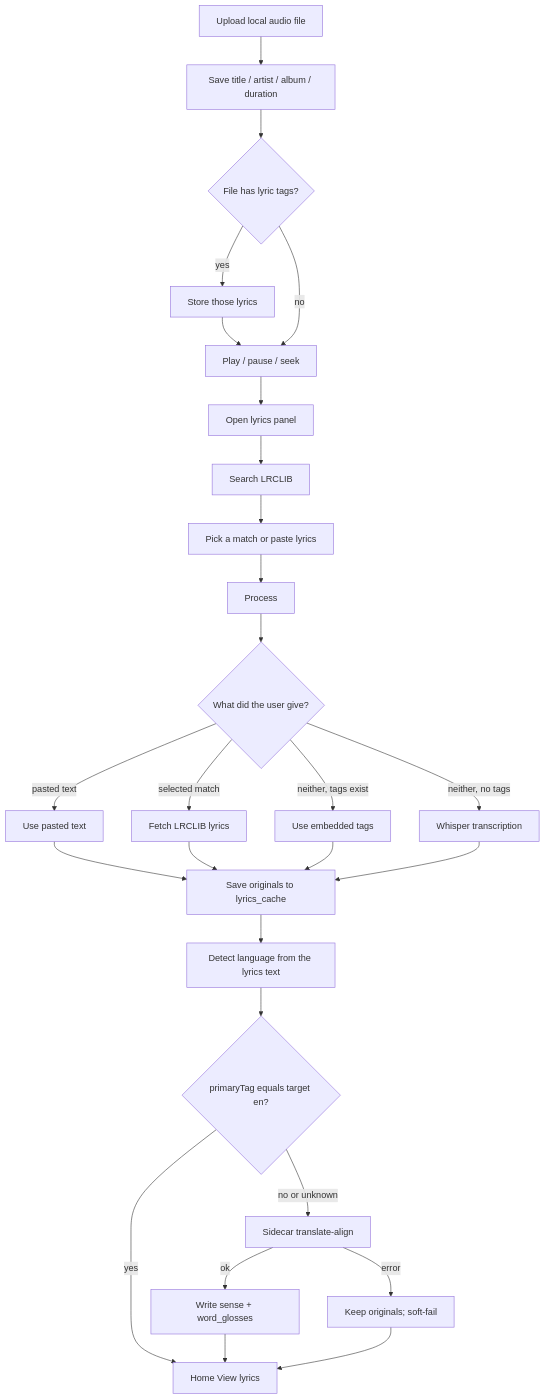
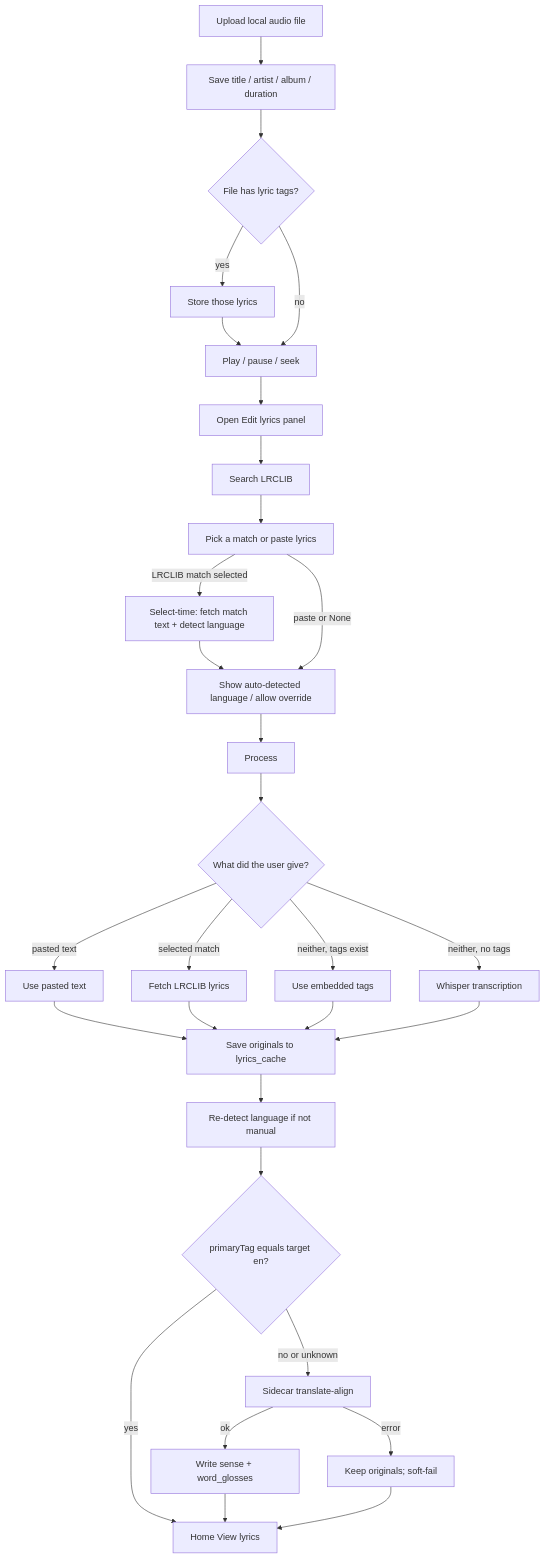
One commit to RickyuXen/Melodica changed the first of 2 diagrams in flow.md. Above: the diagram before and after it, drawn with Mermaid. The commit also changed other lines of this file and 15 other files, not shown here.

Commit message:
Update: Updated translate flow to include manual selection of language + process in edit

````diff
--- a/flow.md
+++ b/flow.md
@@ -5,42 +5,47 @@
 ```mermaid
 flowchart TD
   upload[Upload local audio file]
   meta[Save title / artist / album / duration]
   embedded{File has lyric tags?}
   showTags[Store those lyrics]
   play[Play / pause / seek]
-  panel[Open lyrics panel]
+  panel[Open Edit lyrics panel]
   search[Search LRCLIB]
   pick[Pick a match or paste lyrics]
+  selectDetect[Select-time: fetch match text + detect language]
+  showLang[Show auto-detected language / allow override]
   process[Process]
   source{What did the user give?}
   user[Use pasted text]
   lrclib[Fetch LRCLIB lyrics]
   tags[Use embedded tags]
   whisper[Whisper transcription]
   saveOrig[Save originals to lyrics_cache]
-  detect[Detect language from the lyrics text]
+  detect[Re-detect language if not manual]
   skip{primaryTag equals target en?}
   translate[Sidecar translate-align]
   saveTx[Write sense + word_glosses]
   softFail[Keep originals; soft-fail]
   show[Home View lyrics]
 
   upload --> meta --> embedded
   embedded -->|yes| showTags --> play
   embedded -->|no| play
-  play --> panel --> search --> pick --> process --> source
+  play --> panel --> search --> pick
+  pick -->|LRCLIB match selected| selectDetect --> showLang
+  pick -->|paste or None| showLang
+  showLang --> process --> source
   source -->|pasted text| user
   source -->|selected match| lrclib
   source -->|neither, tags exist| tags
   source -->|neither, no tags| whisper
   user --> saveOrig
   lrclib --> saveOrig
   tags --> saveOrig
   whisper --> saveOrig
   saveOrig --> detect --> skip
   skip -->|yes| show
   skip -->|no or unknown| translate
   translate -->|ok| saveTx --> show
   translate -->|error| softFail --> show
 ```
````
